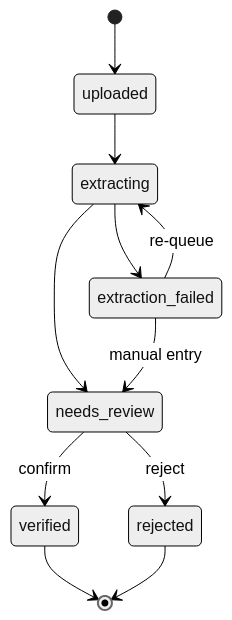
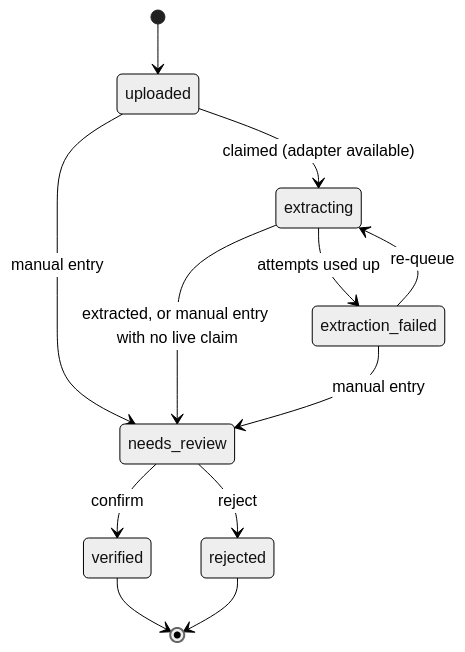
Before and after one commit to sarwar-islam/swasthyoid: diagram 12 of 32 in docs/FRD.md, drawn with Mermaid (neutral theme). The commit also changed other lines of this file and 4 other files, not shown here.

````diff
--- a/docs/FRD.md
+++ b/docs/FRD.md
@@ -479,13 +494,14 @@
 ```mermaid
 stateDiagram-v2
     [*] --> uploaded
-    uploaded --> extracting
-    extracting --> needs_review
-    extracting --> extraction_failed
+    uploaded --> extracting : claimed (adapter available)
+    uploaded --> needs_review : manual entry
+    extracting --> needs_review : extracted, or manual entry with no live claim
+    extracting --> extraction_failed : attempts used up
     extraction_failed --> extracting : re-queue
     extraction_failed --> needs_review : manual entry
     needs_review --> verified : confirm
     needs_review --> rejected : reject
     verified --> [*]
     rejected --> [*]
 ```
````
